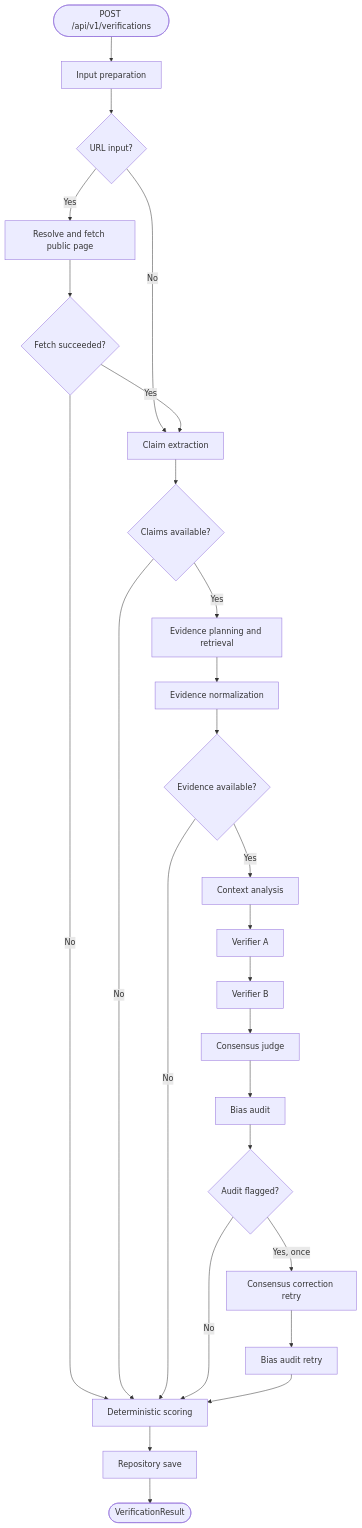
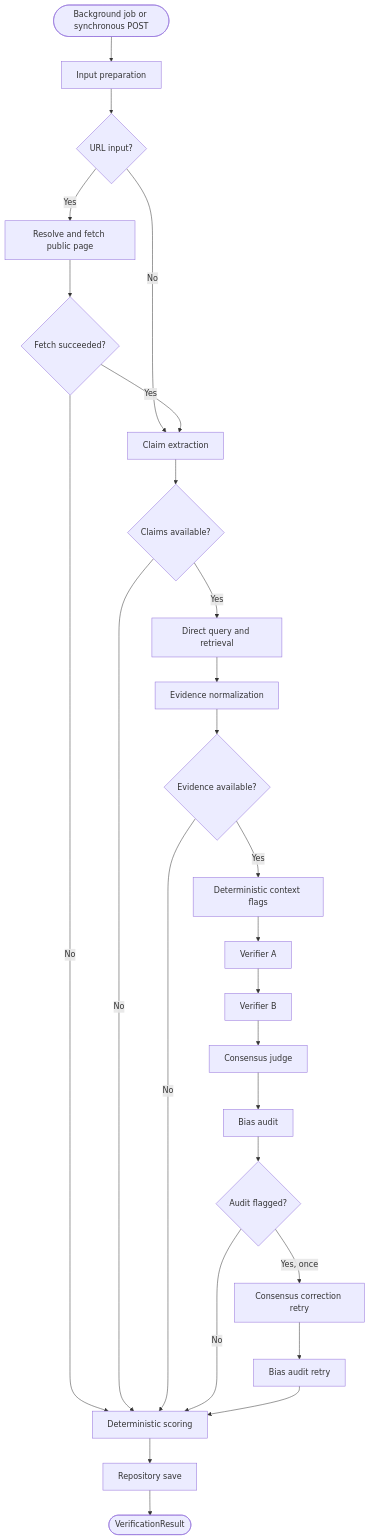
The third of 3 diagrams in docs/architecture.md (ChaoChuan05/TruthScope), drawn with Mermaid before and after one commit. The commit also changed other lines of this file and 59 other files, not shown here.

```diff
--- a/docs/architecture.md
+++ b/docs/architecture.md
@@ -149,38 +152,38 @@
 ~~~mermaid
 flowchart TD
-    Start([POST /api/v1/verifications])
+    Start([Background job or synchronous POST])
     Prepare[Input preparation]
     IsURL{URL input?}
     Fetch[Resolve and fetch public page]
     FetchOK{Fetch succeeded?}
     Extract[Claim extraction]
     Claims{Claims available?}
-    Plan[Evidence planning and retrieval]
+    Plan[Direct query and retrieval]
     Normalize[Evidence normalization]
     Evidence{Evidence available?}
-    Context[Context analysis]
+    Context[Deterministic context flags]
     A[Verifier A]
     B[Verifier B]
     Judge[Consensus judge]
     Audit[Bias audit]
     Flagged{Audit flagged?}
     RetryJudge[Consensus correction retry]
     RetryAudit[Bias audit retry]
     Score[Deterministic scoring]
     Persist[Repository save]
     Return([VerificationResult])
 
     Start --> Prepare --> IsURL
     IsURL -->|No| Extract
     IsURL -->|Yes| Fetch --> FetchOK
     FetchOK -->|No| Score
     FetchOK -->|Yes| Extract
     Extract --> Claims
     Claims -->|No| Score
     Claims -->|Yes| Plan --> Normalize --> Evidence
     Evidence -->|No| Score
     Evidence -->|Yes| Context --> A --> B --> Judge --> Audit --> Flagged
     Flagged -->|No| Score
     Flagged -->|Yes, once| RetryJudge --> RetryAudit --> Score
     Score --> Persist --> Return
 ~~~
```
